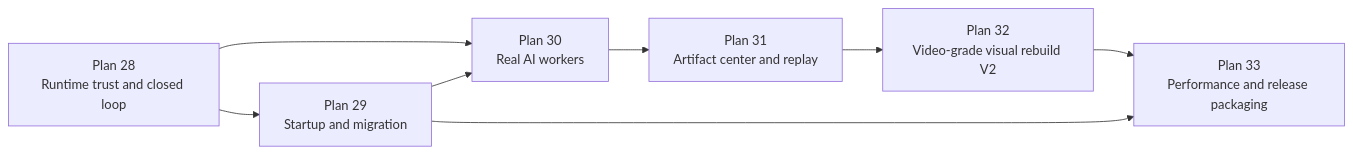
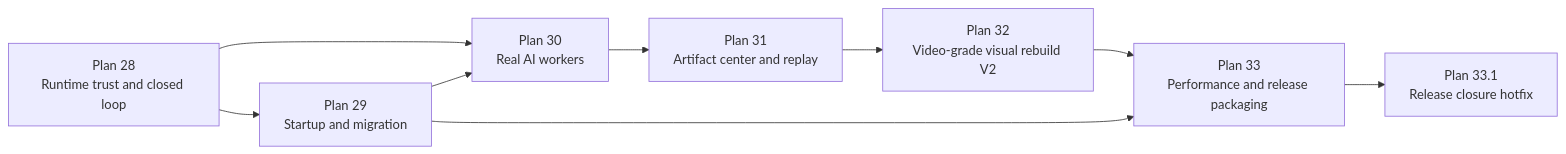
Before and after one commit to ezra777777777-alt/3d-cyber-office: the diagram in docs/superpowers/plans/28-33-runtime-productization-roadmap.md, drawn with Mermaid. The commit also changed other lines of this file and 21 other files, not shown here.

````diff
--- a/docs/superpowers/plans/28-33-runtime-productization-roadmap.md
+++ b/docs/superpowers/plans/28-33-runtime-productization-roadmap.md
@@ -102,10 +102,11 @@
 ```mermaid
 flowchart LR
   P28["Plan 28<br/>Runtime trust and closed loop"] --> P29["Plan 29<br/>Startup and migration"]
   P28 --> P30["Plan 30<br/>Real AI workers"]
   P29 --> P30
   P30 --> P31["Plan 31<br/>Artifact center and replay"]
   P31 --> P32["Plan 32<br/>Video-grade visual rebuild V2"]
   P32 --> P33["Plan 33<br/>Performance and release packaging"]
+  P33 --> P331["Plan 33.1<br/>Release closure hotfix"]
   P29 --> P33
 ```
````
